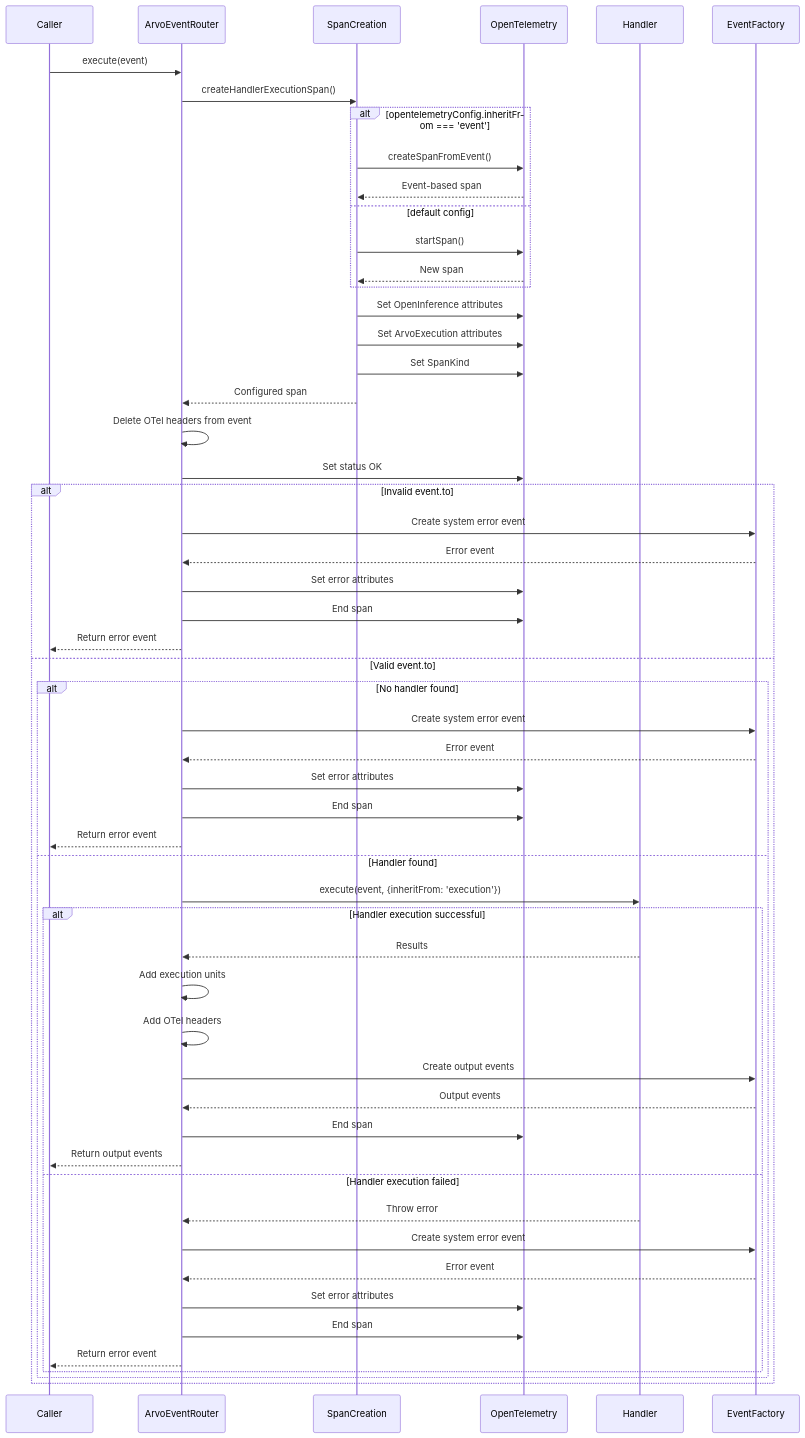
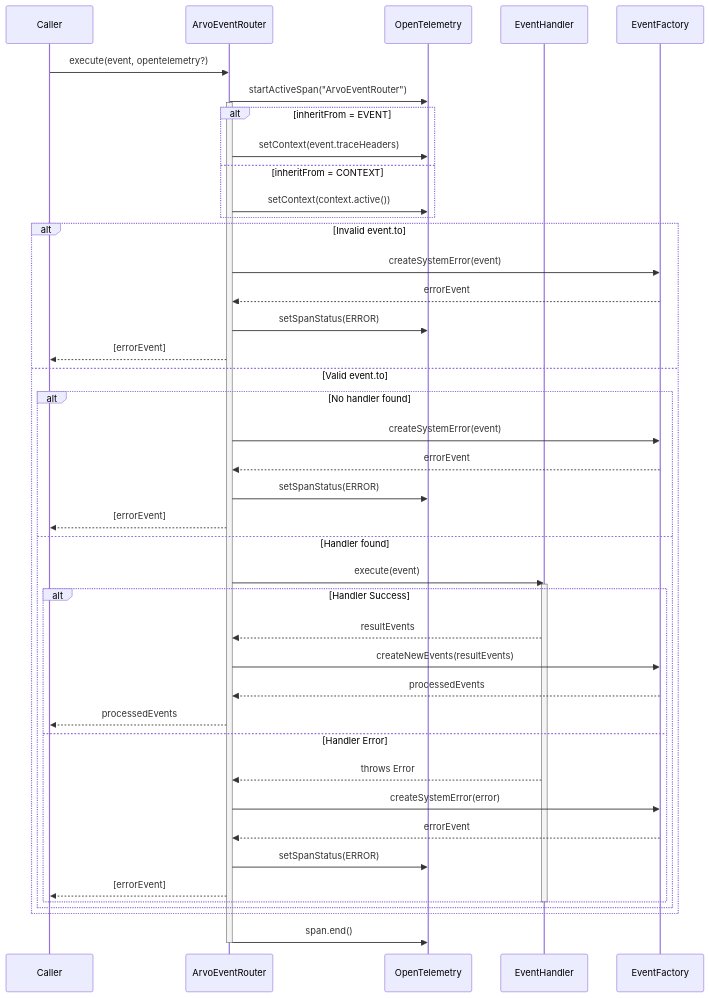
One commit to SaadAhmad123/arvo-event-handler changed the second of 2 diagrams in src/ArvoEventRouter/ExecutionDiagrams.md. Above: the diagram before and after it, drawn with Mermaid. The commit also changed other lines of this file and 22 other files, not shown here.

````diff
--- a/src/ArvoEventRouter/ExecutionDiagrams.md
+++ b/src/ArvoEventRouter/ExecutionDiagrams.md
@@ -90,64 +141,55 @@
 ```mermaid
 sequenceDiagram
     participant Caller
     participant Router as ArvoEventRouter
-    participant Span as SpanCreation
     participant OTel as OpenTelemetry
-    participant Handler
+    participant Handler as EventHandler
     participant Factory as EventFactory
 
-    Caller->>Router: execute(event)
+    Caller->>Router: execute(event, opentelemetry?)
 
-    Router->>Span: createHandlerExecutionSpan()
+    %% Span Management
+    Router->>OTel: startActiveSpan("ArvoEventRouter")
+    activate Router
 
-    alt opentelemetryConfig.inheritFrom === 'event'
-        Span->>OTel: createSpanFromEvent()
-        OTel-->>Span: Event-based span
-    else default config
-        Span->>OTel: startSpan()
-        OTel-->>Span: New span
+    alt inheritFrom = EVENT
+        Router->>OTel: setContext(event.traceHeaders)
+    else inheritFrom = CONTEXT
+        Router->>OTel: setContext(context.active())
     end
 
-    Span->>OTel: Set OpenInference attributes
-    Span->>OTel: Set ArvoExecution attributes
-    Span->>OTel: Set SpanKind
-    Span-->>Router: Configured span
-
-    Router->>Router: Delete OTel headers from event
-    Router->>OTel: Set status OK
-
+    %% Validation & Routing
     alt Invalid event.to
-        Router->>Factory: Create system error event
-        Factory-->>Router: Error event
-        Router->>OTel: Set error attributes
-        Router->>OTel: End span
-        Router-->>Caller: Return error event
+        Router->>Factory: createSystemError(event)
+        Factory-->>Router: errorEvent
+        Router->>OTel: setSpanStatus(ERROR)
+        Router-->>Caller: [errorEvent]
     else Valid event.to
         alt No handler found
-            Router->>Factory: Create system error event
-            Factory-->>Router: Error event
-            Router->>OTel: Set error attributes
-            Router->>OTel: End span
-            Router-->>Caller: Return error event
+            Router->>Factory: createSystemError(event)
+            Factory-->>Router: errorEvent
+            Router->>OTel: setSpanStatus(ERROR)
+            Router-->>Caller: [errorEvent]
         else Handler found
-            Router->>Handler: execute(event, {inheritFrom: 'execution'})
+            Router->>Handler: execute(event)
+            activate Handler
 
-            alt Handler execution successful
-                Handler-->>Router: Results
-                Router->>Router: Add execution units
-                Router->>Router: Add OTel headers
-                Router->>Factory: Create output events
-                Factory-->>Router: Output events
-                Router->>OTel: End span
-                Router-->>Caller: Return output events
-            else Handler execution failed
-                Handler-->>Router: Throw error
-                Router->>Factory: Create system error event
-                Factory-->>Router: Error event
-                Router->>OTel: Set error attributes
-                Router->>OTel: End span
-                Router-->>Caller: Return error event
+            alt Handler Success
+                Handler-->>Router: resultEvents
+                Router->>Factory: createNewEvents(resultEvents)
+                Factory-->>Router: processedEvents
+                Router-->>Caller: processedEvents
+            else Handler Error
+                Handler-->>Router: throws Error
+                Router->>Factory: createSystemError(error)
+                Factory-->>Router: errorEvent
+                Router->>OTel: setSpanStatus(ERROR)
+                Router-->>Caller: [errorEvent]
             end
+            deactivate Handler
         end
     end
+
+    Router->>OTel: span.end()
+    deactivate Router
 ```
````
